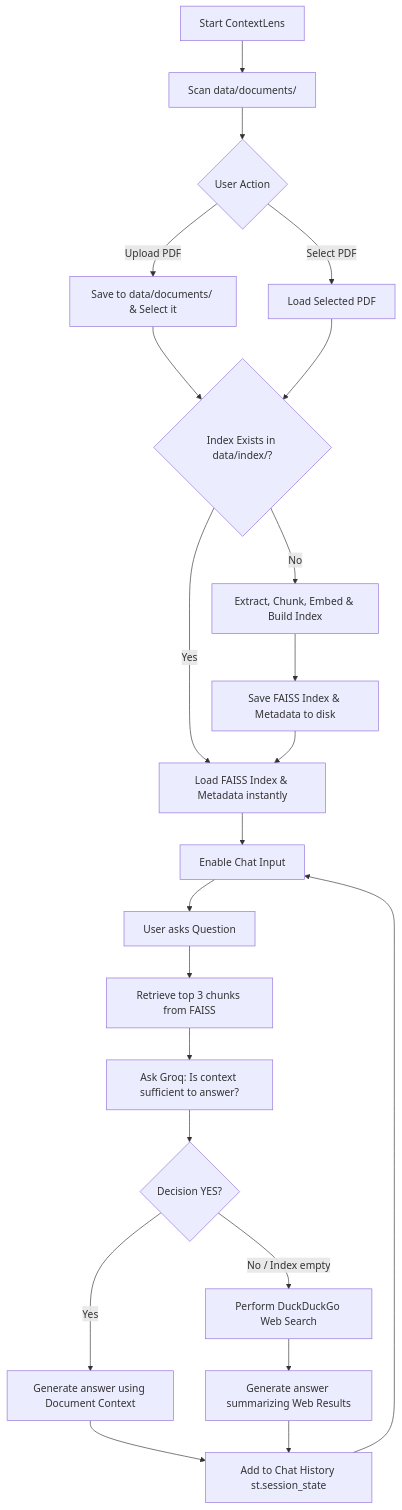
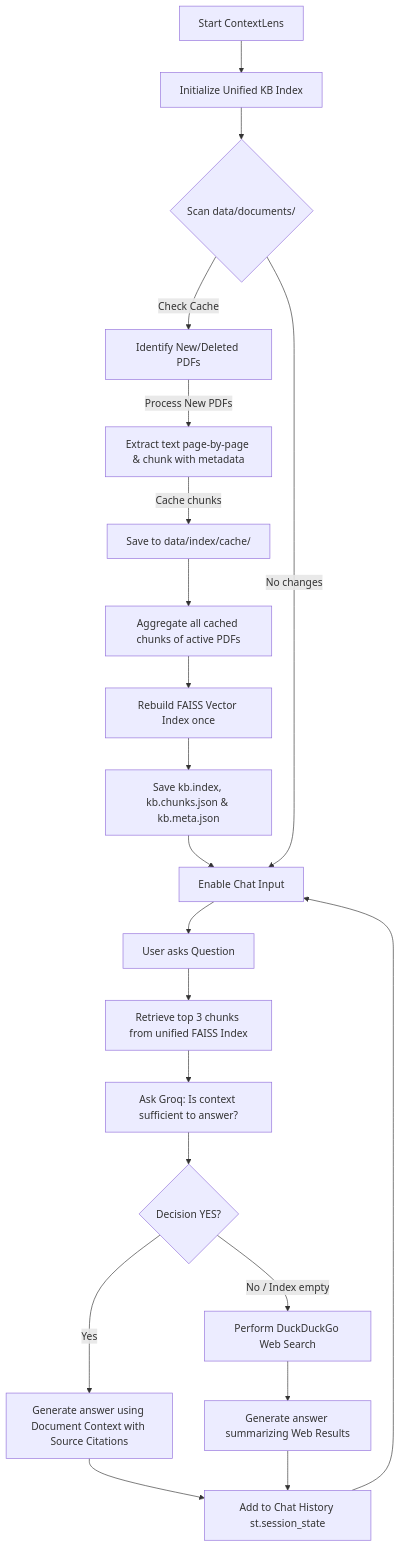
One commit to Soumalya-1/ContextLens changed the diagram in README.md. Above: the diagram before and after it, drawn with Mermaid. The commit also changed other lines of this file and 6 other files, not shown here.

````diff
--- a/README.md
+++ b/README.md
@@ -48,24 +55,23 @@
 ```mermaid
 graph TD
-    A[Start ContextLens] --> B[Scan data/documents/]
-    B --> C{User Action}
-    C -->|Upload PDF| D[Save to data/documents/ & Select it]
-    C -->|Select PDF| E[Load Selected PDF]
-    D --> F{Index Exists in data/index/?}
-    E --> F
-    F -->|Yes| G[Load FAISS Index & Metadata instantly]
-    F -->|No| H[Extract, Chunk, Embed & Build Index]
-    H --> I[Save FAISS Index & Metadata to disk]
-    I --> G
-    G --> J[Enable Chat Input]
+    A[Start ContextLens] --> B[Initialize Unified KB Index]
+    B --> C{Scan data/documents/}
+    C -->|Check Cache| D[Identify New/Deleted PDFs]
+    D -->|Process New PDFs| E[Extract text page-by-page & chunk with metadata]
+    E -->|Cache chunks| F[Save to data/index/cache/]
+    F --> G[Aggregate all cached chunks of active PDFs]
+    G --> H[Rebuild FAISS Vector Index once]
+    H --> I[Save kb.index, kb.chunks.json & kb.meta.json]
+    I --> J[Enable Chat Input]
+    C -->|No changes| J
     J --> K[User asks Question]
-    K --> L[Retrieve top 3 chunks from FAISS]
+    K --> L[Retrieve top 3 chunks from unified FAISS Index]
     L --> M[Ask Groq: Is context sufficient to answer?]
     M --> N{Decision YES?}
-    N -->|Yes| O[Generate answer using Document Context]
+    N -->|Yes| O[Generate answer using Document Context with Source Citations]
     N -->|No / Index empty| P[Perform DuckDuckGo Web Search]
     P --> Q[Generate answer summarizing Web Results]
     O --> R[Add to Chat History st.session_state]
     Q --> R
     R --> J
 ```
````
